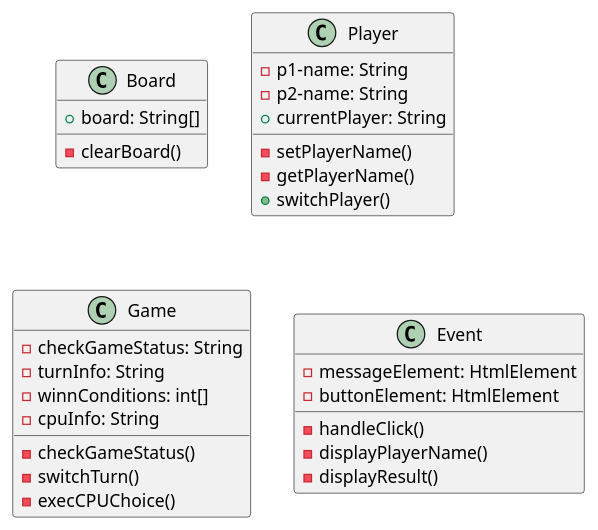
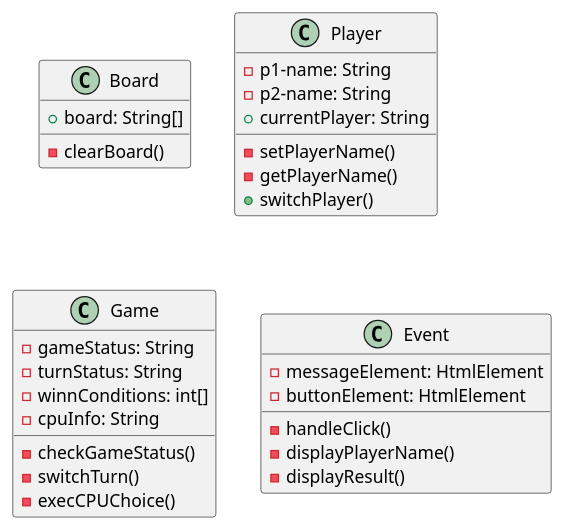
One commit to Test-Team-B/work-space changed the diagram in class-diagram.pu. Above: the diagram before and after it, drawn with PlantUML.

Commit message:
fix name of method

```diff
--- a/class-diagram.pu
+++ b/class-diagram.pu
@@ -1,39 +1,39 @@
 @startuml tic-tac-toe
 
 class Board {
     + board: String[]
 
     - clearBoard()
 }
 
 class Player {
     - p1-name: String
     - p2-name: String
     + currentPlayer: String
 
     - setPlayerName()
     - getPlayerName()
     + switchPlayer()
 }
 
 class Game {
-    - checkGameStatus: String
-    - turnInfo: String
+    - gameStatus: String
+    - turnStatus: String
     - winnConditions: int[]
     - cpuInfo: String
 
     - checkGameStatus()
     - switchTurn()
     - execCPUChoice()
 }
 
 class Event {
     - messageElement: HtmlElement
     - buttonElement: HtmlElement
 
     - handleClick()
     - displayPlayerName()
     - displayResult()
 }
 
 @enduml
```
